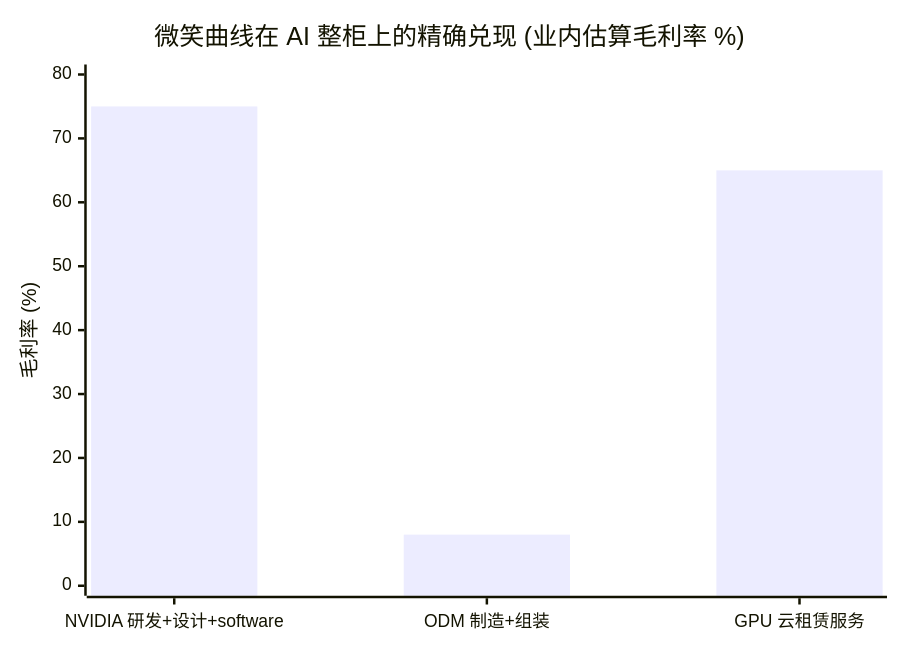
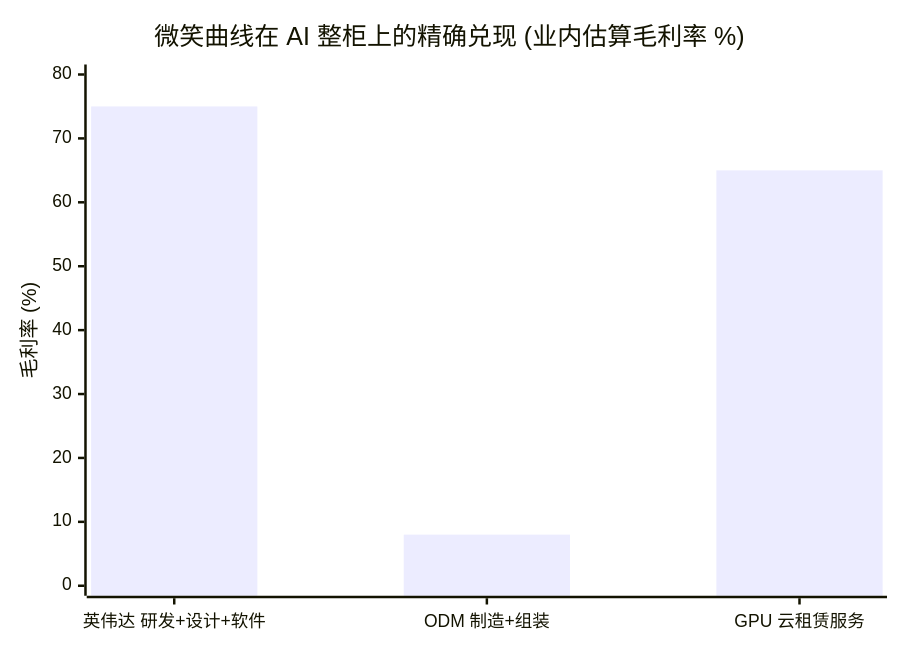
Before and after one commit to diguike/book-compute-economics: the seventh of 7 diagrams in book/09-server-rack/README.md, drawn with Mermaid. The commit also changed other lines of this file and 1 other file, not shown here.

````diff
--- a/book/09-server-rack/README.md
+++ b/book/09-server-rack/README.md
@@ -412,7 +412,7 @@
 ```mermaid
 xychart-beta
     title "微笑曲线在 AI 整柜上的精确兑现 (业内估算毛利率 %)"
-    x-axis ["NVIDIA 研发+设计+software", "ODM 制造+组装", "GPU 云租赁服务"]
+    x-axis ["英伟达 研发+设计+软件", "ODM 制造+组装", "GPU 云租赁服务"]
     y-axis "毛利率 (%)" 0 --> 80
     bar [75, 8, 65]
 ```
````
